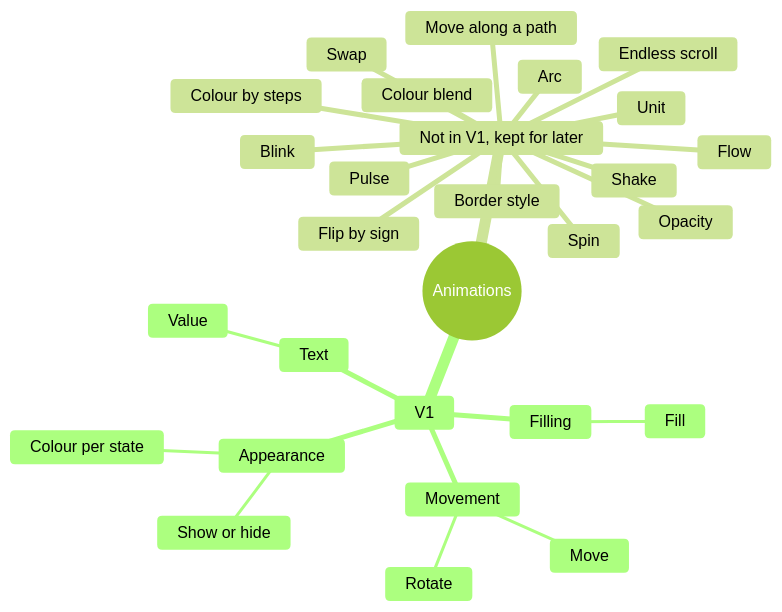
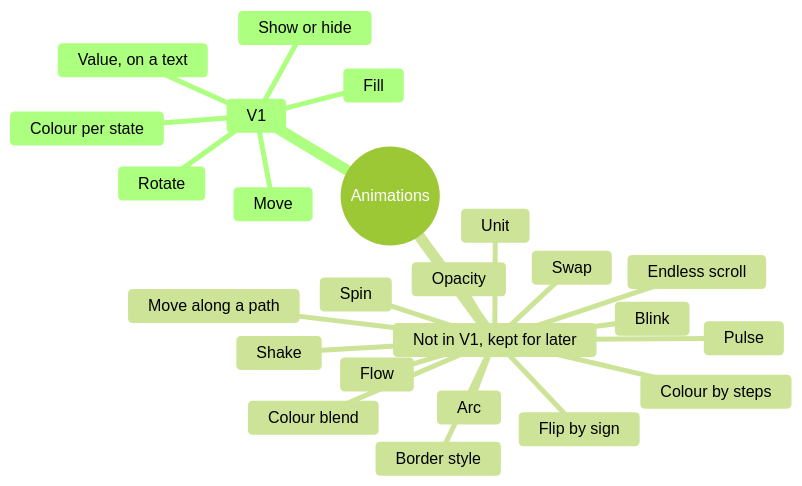
Before and after one commit to AlexandreGallais/synoptic-studio-spec: the diagram in symbols/08-animation-mode/animation-catalogue.md, drawn with Mermaid (forest theme). The commit also changed other lines of this file and 3 other files, not shown here.

````diff
--- a/symbols/08-animation-mode/animation-catalogue.md
+++ b/symbols/08-animation-mode/animation-catalogue.md
@@ -19,31 +19,27 @@
 ```mermaid
 mindmap
   root((Animations))
     V1
-      Movement
-        Rotate
-        Move
-      Filling
-        Fill
-      Appearance
-        Show or hide
-        Colour per state
-      Text
-        Value
+      Rotate
+      Move
+      Fill
+      Show or hide
+      Colour per state
+      Value, on a text
     Not in V1, kept for later
       Move along a path
       Spin
       Endless scroll
       Flow
       Shake
       Arc
       Colour by steps
       Colour blend
       Opacity
       Swap
       Blink
       Pulse
       Border style
       Unit
       Flip by sign
 ```
````
